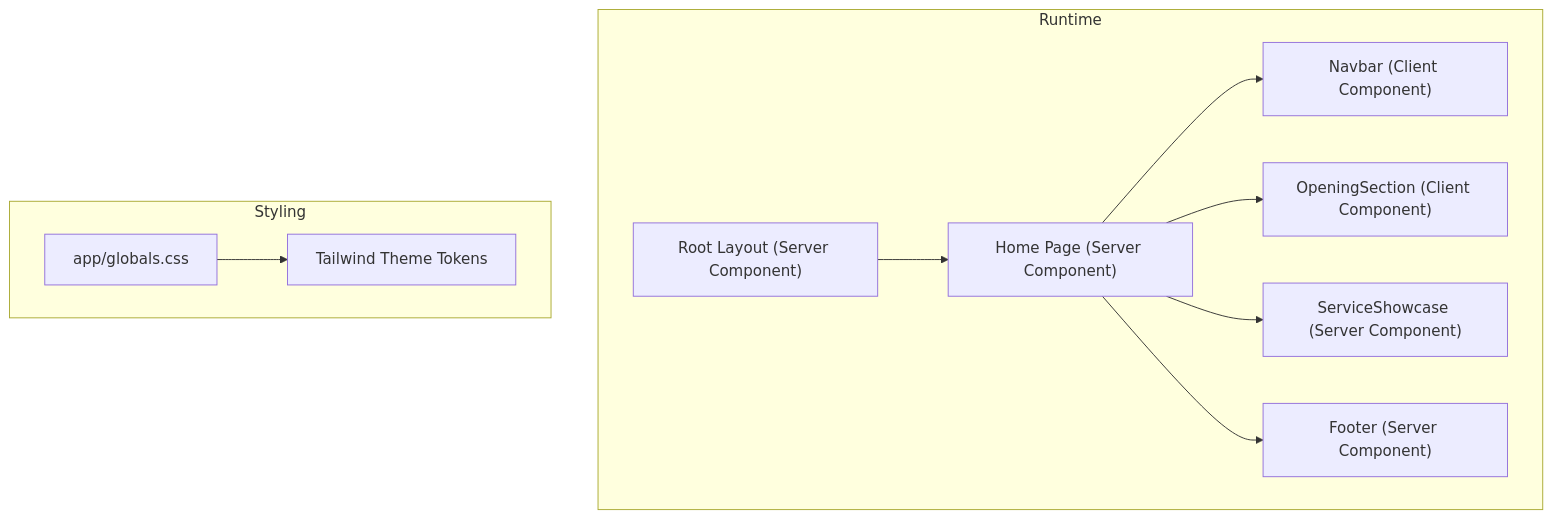
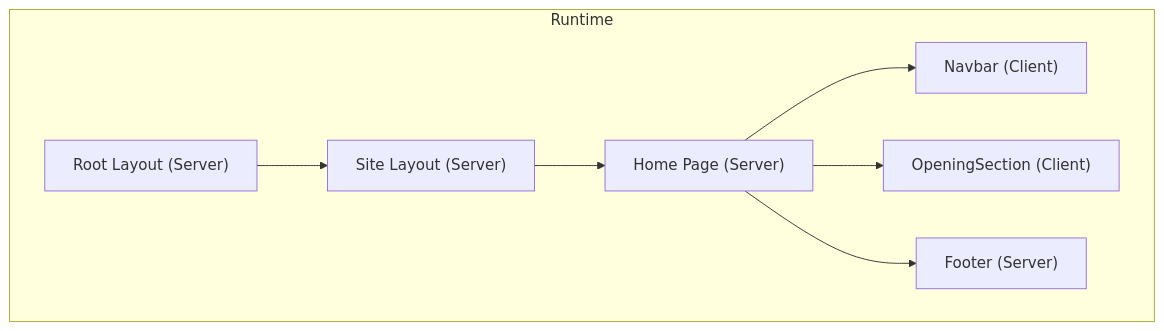
Before and after one commit to algorithmsEvolve/momentoclient-fe: the second of 4 diagrams in docs/en/content/Development Guidelines & Best Practices.md, drawn with Mermaid. The commit also changed other lines of this file and 14 other files, not shown here.

````diff
--- a/docs/en/content/Development Guidelines & Best Practices.md
+++ b/docs/en/content/Development Guidelines & Best Practices.md
@@ -105,21 +76,16 @@
 ```mermaid
 graph TB
 subgraph "Runtime"
-RC["Root Layout (Server Component)"]
-HP["Home Page (Server Component)"]
-NAV["Navbar (Client Component)"]
-FOOT["Footer (Server Component)"]
-OP["OpeningSection (Client Component)"]
-SS["ServiceShowcase (Server Component)"]
+RC["Root Layout (Server)"]
+SL["Site Layout (Server)"]
+HP["Home Page (Server)"]
+NAV["Navbar (Client)"]
+FOOT["Footer (Server)"]
+OP["OpeningSection (Client)"]
 end
-subgraph "Styling"
-GCSS["app/globals.css"]
-THEME["Tailwind Theme Tokens"]
-end
-RC --> HP
+RC --> SL
+SL --> HP
 HP --> NAV
 HP --> OP
-HP --> SS
 HP --> FOOT
-GCSS --> THEME
 ```
````
